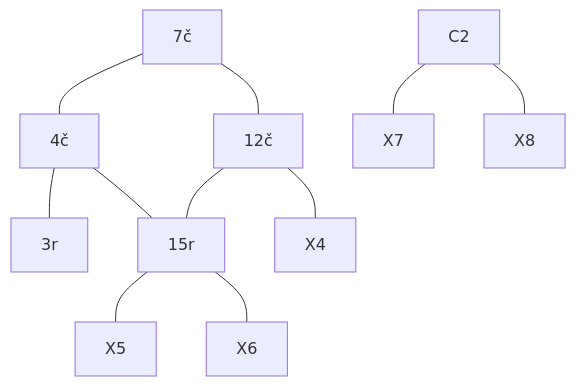
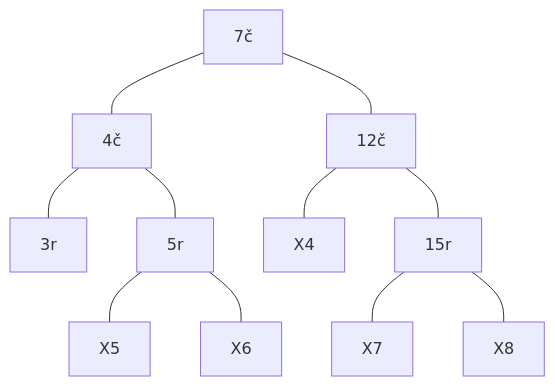
One commit to Tiggax/Zapiski changed diagram 18 of 20 in 2. Letnik/Podatkovne strukture in algoritmi/vaje.17-11-2021.md. Above: the diagram before and after it, drawn with Mermaid. The commit also changed other lines of this file and 1 other file, not shown here.

````diff
--- a/2. Letnik/Podatkovne strukture in algoritmi/vaje.17-11-2021.md
+++ b/2. Letnik/Podatkovne strukture in algoritmi/vaje.17-11-2021.md
@@ -220,15 +220,15 @@
 ```mermaid
 graph TD
 A[7č]
 A---B[4č]
 A---B1[12č]
 B---C[3r]
-B---C1[5]
+B---C1[5r]
 B1---X4
-B1---C1[15r]
+B1---C2[15r]
 C1---X5
 C1---X6
 C2---X7
 C2---X8
 classDef red fill:#f34
 ```
````
